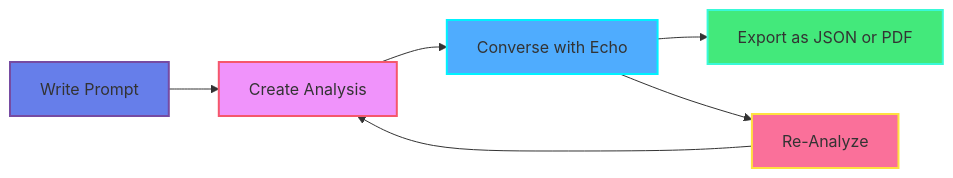
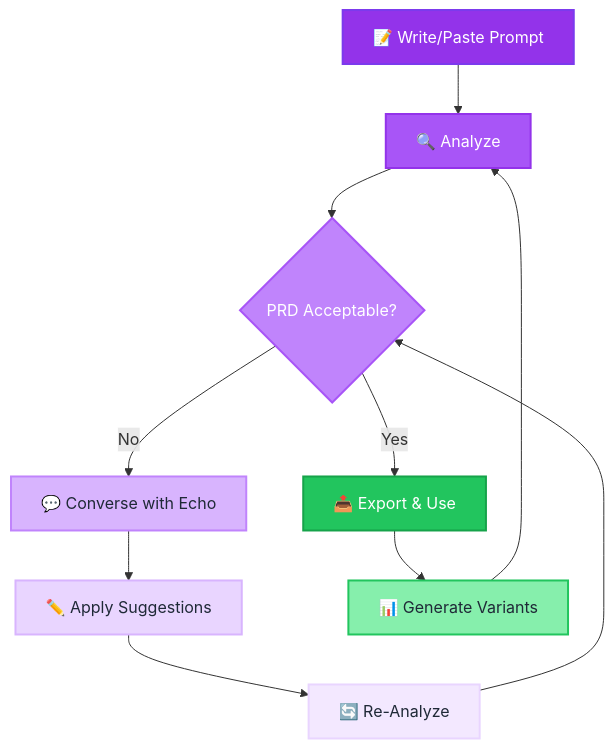
The first of 2 diagrams in README.md (MoNejjar/echo-hallucination-detect), drawn with Mermaid before and after one commit. The commit also changed other lines of this file and 5 other files, not shown here.

````diff
--- a/README.md
+++ b/README.md
@@ -92,14 +409,21 @@
 ```mermaid
-flowchart LR
-    A[Write Prompt] --> B[Create Analysis]
-    B --> C[Converse with Echo]
-    C --> D[Export as JSON or PDF]
-    C --> E[Re-Analyze]
-    E --> B
+flowchart TB
+    A[📝 Write/Paste Prompt] --> B[🔍 Analyze]
+    B --> C{PRD Acceptable?}
+    C -->|No| D[💬 Converse with Echo]
+    D --> E[✏️ Apply Suggestions]
+    E --> F[🔄 Re-Analyze]
+    F --> C
+    C -->|Yes| G[📤 Export & Use]
+    G --> H[📊 Generate Variants]
+    H --> B
     
-    style A fill:#667eea,stroke:#764ba2,stroke-width:2px
-    style B fill:#f093fb,stroke:#f5576c,stroke-width:2px
-    style C fill:#4facfe,stroke:#00f2fe,stroke-width:2px
-    style D fill:#43e97b,stroke:#38f9d7,stroke-width:2px
-    style E fill:#fa709a,stroke:#fee140,stroke-width:2px
+    style A fill:#9333ea,stroke:#7c3aed,stroke-width:2px,color:#fff
+    style B fill:#a855f7,stroke:#9333ea,stroke-width:2px,color:#fff
+    style C fill:#c084fc,stroke:#a855f7,stroke-width:2px,color:#fff
+    style D fill:#d8b4fe,stroke:#c084fc,stroke-width:2px,color:#1f2937
+    style E fill:#e9d5ff,stroke:#d8b4fe,stroke-width:2px,color:#1f2937
+    style F fill:#f3e8ff,stroke:#e9d5ff,stroke-width:2px,color:#1f2937
+    style G fill:#22c55e,stroke:#16a34a,stroke-width:2px,color:#fff
+    style H fill:#86efac,stroke:#22c55e,stroke-width:2px,color:#1f2937
 ```
````
